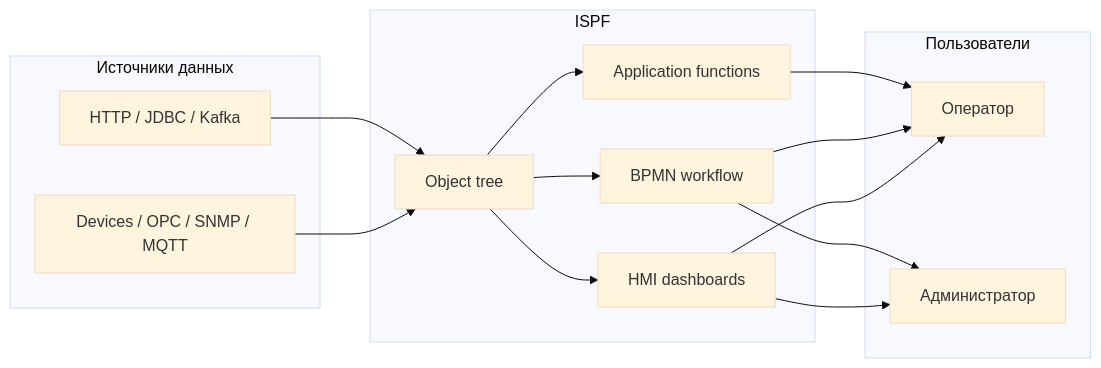
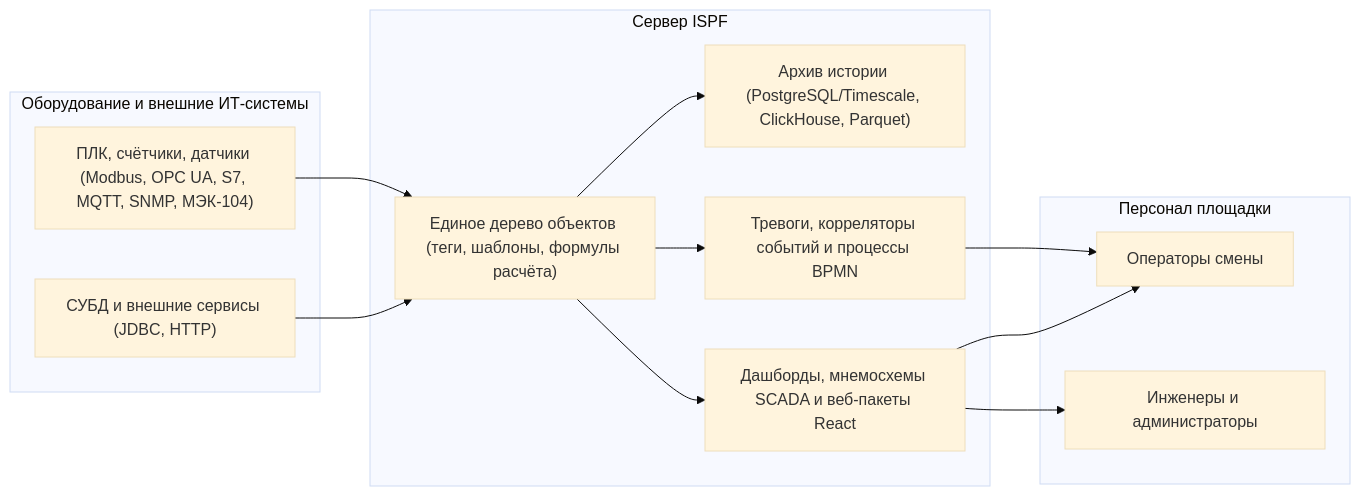
Before and after one commit to iot-solutions-ru/ispf: the diagram in docs/ru/product.md, drawn with Mermaid (base theme). The commit also changed other lines of this file and 201 other files, not shown here.

````diff
--- a/docs/ru/product.md
+++ b/docs/ru/product.md
@@ -29,30 +31,28 @@
 ```mermaid
 graph LR
-    subgraph Sources["Источники данных"]
-        DEV[Devices / OPC / SNMP / MQTT]
-        IT[HTTP / JDBC / Kafka]
+    subgraph Sources["Оборудование и внешние ИТ-системы"]
+        DEV["ПЛК, счётчики, датчики (Modbus, OPC UA, S7, MQTT, SNMP, МЭК-104)"]
+        IT["СУБД и внешние сервисы (JDBC, HTTP)"]
     end
 
-    subgraph ISPF["ISPF"]
-        TREE[Object tree]
-        HMI[HMI dashboards]
-        WF[BPMN workflow]
-        APP[Application functions]
+    subgraph ISPF["Сервер ISPF"]
+        TREE["Единое дерево объектов (теги, шаблоны, формулы расчёта)"]
+        HIST["Архив истории (PostgreSQL/Timescale, ClickHouse, Parquet)"]
+        AUTO["Тревоги, корреляторы событий и процессы BPMN"]
+        UI["Дашборды, мнемосхемы SCADA и веб-пакеты React"]
     end
 
-    subgraph Users["Пользователи"]
-        OP[Оператор]
-        ADM[Администратор]
+    subgraph Users["Персонал площадки"]
+        OP["Операторы смены"]
+        ENG["Инженеры и администраторы"]
     end
 
     DEV --> TREE
     IT --> TREE
-    TREE --> HMI
-    TREE --> WF
-    TREE --> APP
-    HMI --> OP
-    WF --> OP
-    APP --> OP
-    HMI --> ADM
-    WF --> ADM
+    TREE --> HIST
+    TREE --> AUTO
+    TREE --> UI
+    UI --> OP
+    AUTO --> OP
+    UI --> ENG
 ```
````
